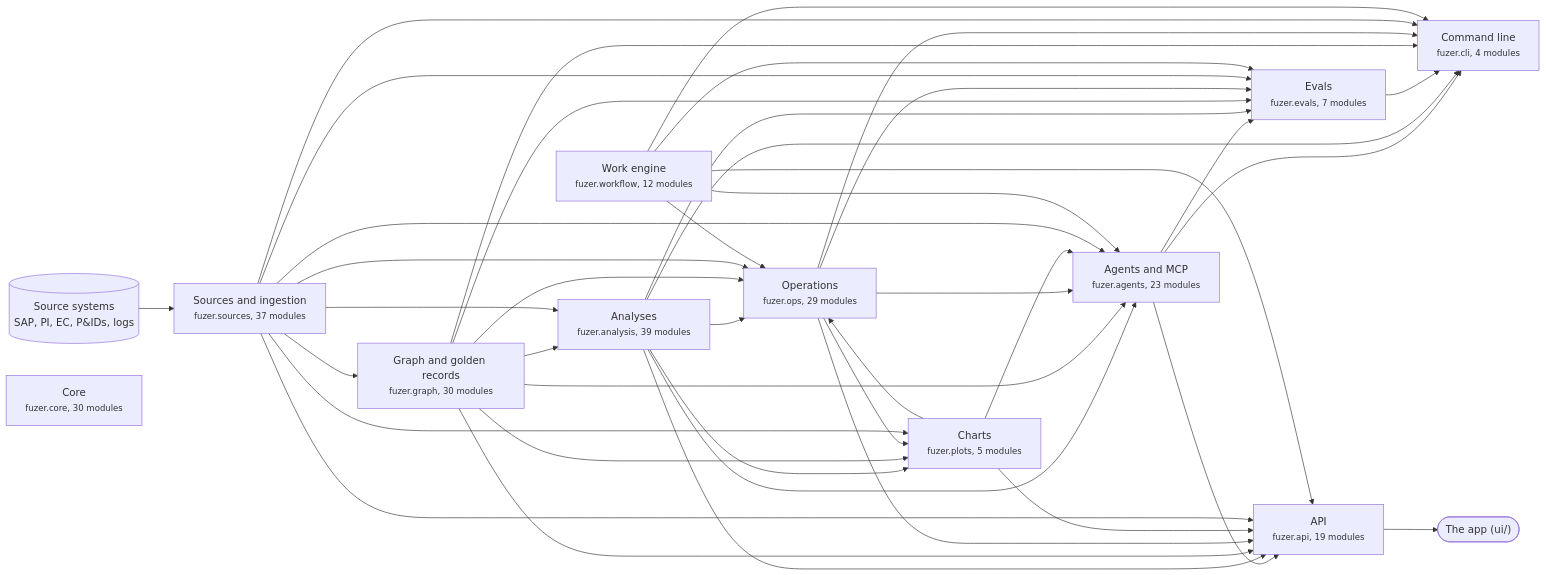
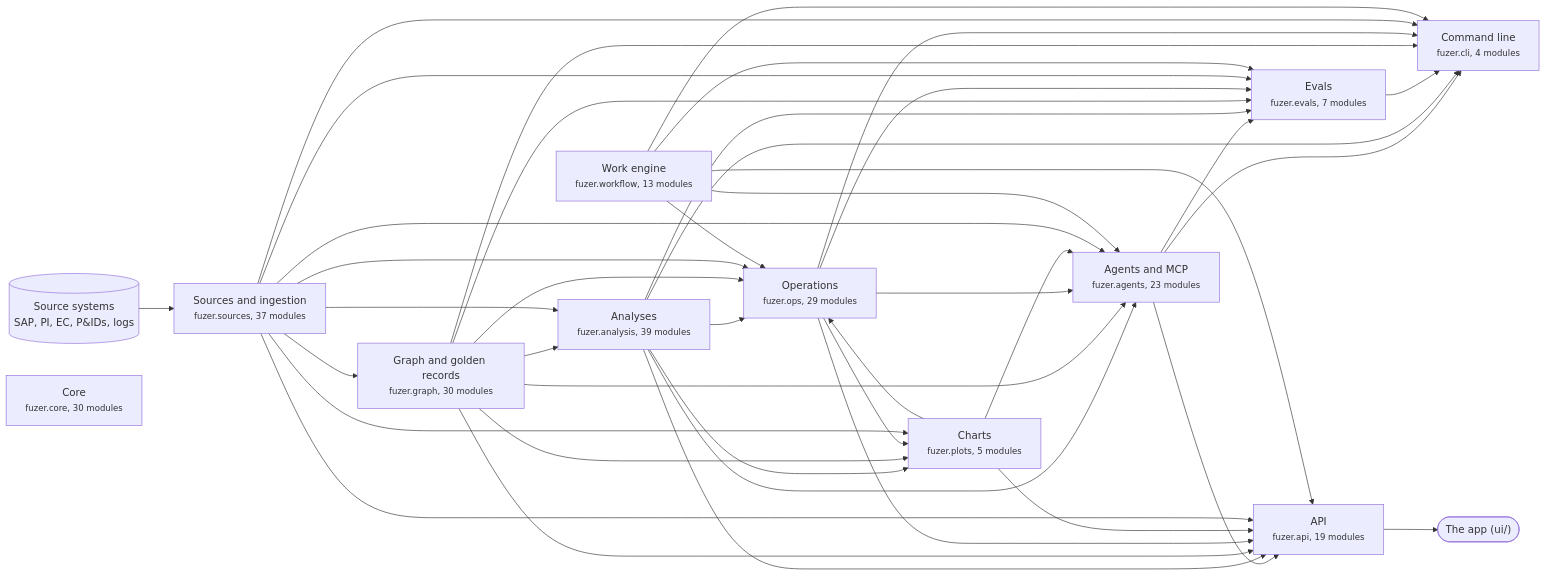
One commit to areed145/fuzer changed the first of 3 diagrams in docs/architecture.md. Above: the diagram before and after it, drawn with Mermaid. The commit also changed other lines of this file and 11 other files, not shown here.

````diff
--- a/docs/architecture.md
+++ b/docs/architecture.md
@@ -8,66 +8,66 @@
 ```mermaid
 flowchart LR
   systems[("Source systems<br>SAP, PI, EC, P&IDs, logs")] --> c_sources
   app(["The app (ui/)"])
   c_api --> app
   c_sources["Sources and ingestion<br><small>fuzer.sources, 37 modules</small>"]
   c_graph["Graph and golden records<br><small>fuzer.graph, 30 modules</small>"]
   c_analysis["Analyses<br><small>fuzer.analysis, 39 modules</small>"]
   c_ops["Operations<br><small>fuzer.ops, 29 modules</small>"]
   c_plots["Charts<br><small>fuzer.plots, 5 modules</small>"]
-  c_workflow["Work engine<br><small>fuzer.workflow, 12 modules</small>"]
+  c_workflow["Work engine<br><small>fuzer.workflow, 13 modules</small>"]
   c_agents["Agents and MCP<br><small>fuzer.agents, 23 modules</small>"]
   c_evals["Evals<br><small>fuzer.evals, 7 modules</small>"]
   c_api["API<br><small>fuzer.api, 19 modules</small>"]
   c_cli["Command line<br><small>fuzer.cli, 4 modules</small>"]
   c_core["Core<br><small>fuzer.core, 30 modules</small>"]
   c_sources --> c_graph
   c_graph --> c_analysis
   c_sources --> c_analysis
   c_analysis --> c_ops
   c_graph --> c_ops
   c_plots --> c_ops
   c_sources --> c_ops
   c_workflow --> c_ops
   c_analysis --> c_plots
   c_graph --> c_plots
   c_ops --> c_plots
   c_sources --> c_plots
   c_analysis --> c_agents
   c_graph --> c_agents
   c_ops --> c_agents
   c_plots --> c_agents
   c_sources --> c_agents
   c_workflow --> c_agents
   c_agents --> c_evals
   c_analysis --> c_evals
   c_graph --> c_evals
   c_ops --> c_evals
   c_sources --> c_evals
   c_workflow --> c_evals
   c_agents --> c_api
   c_analysis --> c_api
   c_graph --> c_api
   c_ops --> c_api
   c_plots --> c_api
   c_sources --> c_api
   c_workflow --> c_api
   c_agents --> c_cli
   c_analysis --> c_cli
   c_evals --> c_cli
   c_graph --> c_cli
   c_ops --> c_cli
   c_sources --> c_cli
   c_workflow --> c_cli
   click c_sources "https://github.com/areed145/fuzer/tree/main/src/fuzer/sources"
   click c_graph "https://github.com/areed145/fuzer/tree/main/src/fuzer/graph"
   click c_analysis "https://github.com/areed145/fuzer/tree/main/src/fuzer/analysis"
   click c_ops "https://github.com/areed145/fuzer/tree/main/src/fuzer/ops"
   click c_plots "https://github.com/areed145/fuzer/tree/main/src/fuzer/plots"
   click c_workflow "https://github.com/areed145/fuzer/tree/main/src/fuzer/workflow"
   click c_agents "https://github.com/areed145/fuzer/tree/main/src/fuzer/agents"
   click c_evals "https://github.com/areed145/fuzer/tree/main/src/fuzer/evals"
   click c_api "https://github.com/areed145/fuzer/tree/main/src/fuzer/api"
   click c_cli "https://github.com/areed145/fuzer/tree/main/src/fuzer/cli"
   click c_core "https://github.com/areed145/fuzer/tree/main/src/fuzer/core"
 ```
````
